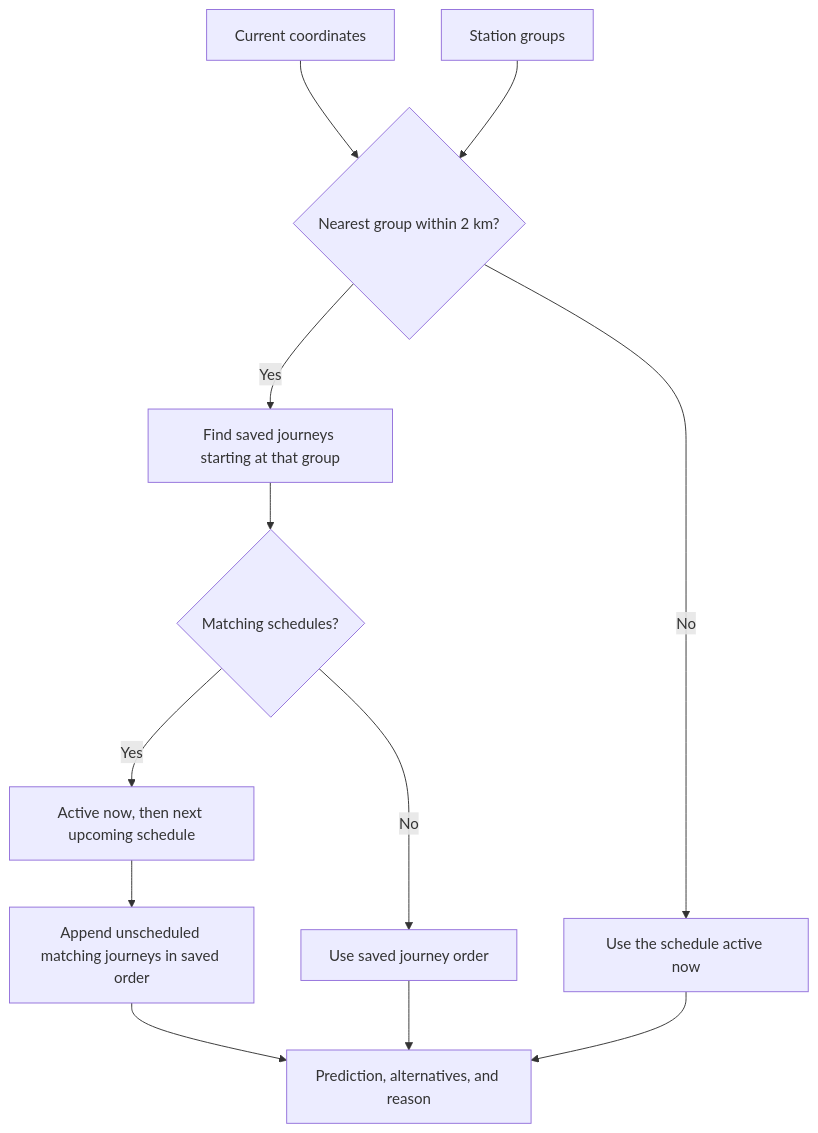
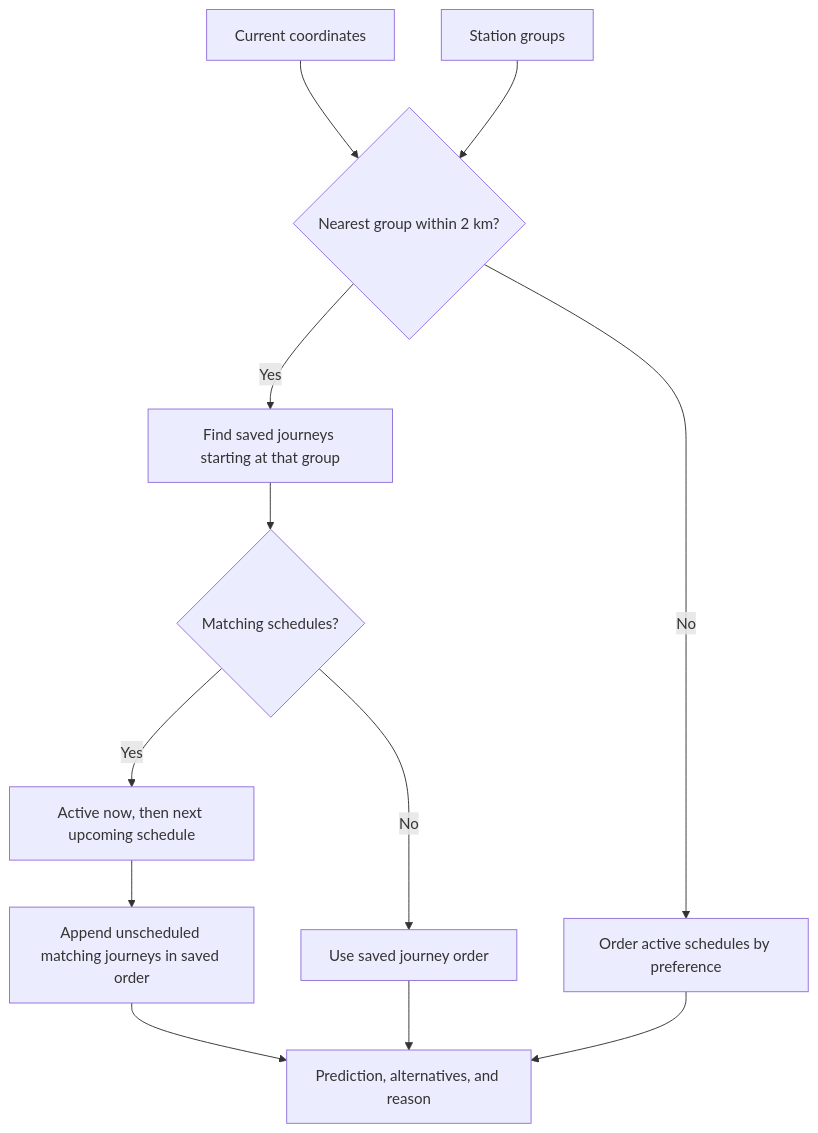
Before and after one commit to nd9600/trainDashboard: the first of 4 diagrams in docs/journey-selection.md, drawn with Mermaid. The commit also changed other lines of this file and 15 other files, not shown here.

````diff
--- a/docs/journey-selection.md
+++ b/docs/journey-selection.md
@@ -7,14 +7,14 @@
 ```mermaid
 flowchart TD
     location[Current coordinates] --> nearby{Nearest group within 2 km?}
     groups[Station groups] --> nearby
-    nearby -->|No| time[Use the schedule active now]
+    nearby -->|No| time[Order active schedules by preference]
     nearby -->|Yes| matches[Find saved journeys starting at that group]
     matches --> schedules{Matching schedules?}
     schedules -->|Yes| ordered[Active now, then next upcoming schedule]
     schedules -->|No| saved[Use saved journey order]
     ordered --> remaining[Append unscheduled matching journeys in saved order]
     remaining --> result[Prediction, alternatives, and reason]
     saved --> result
     time --> result
 ```
````
